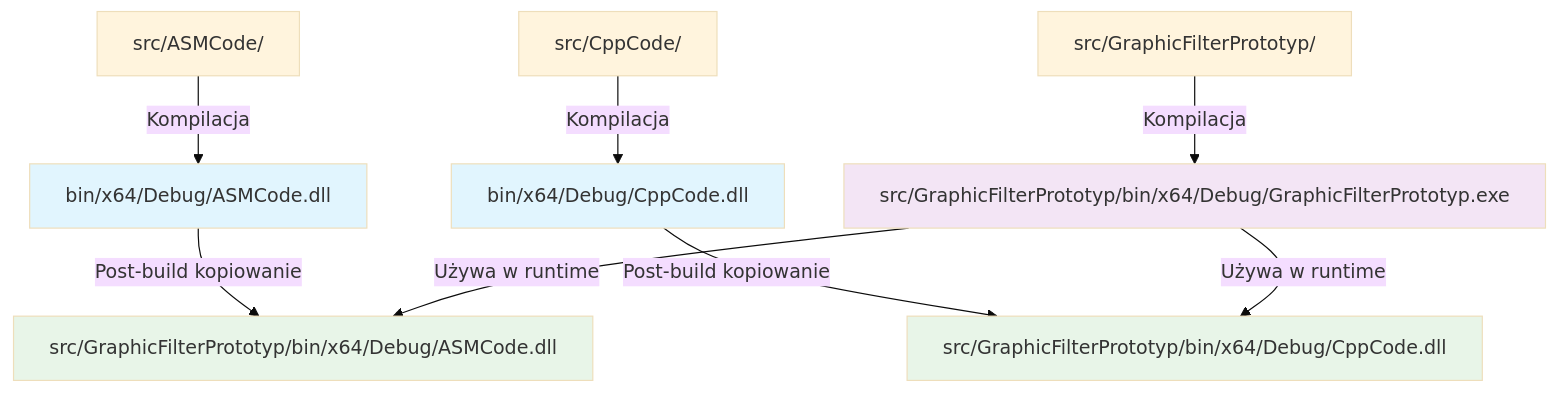
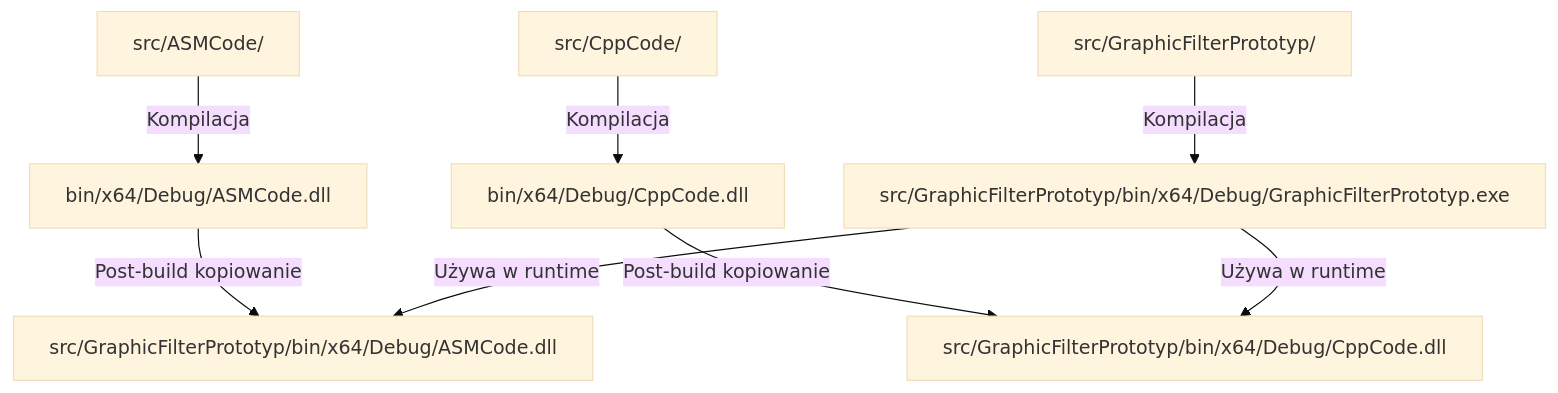
Before and after one commit to stokuj/cartoon_filter: the third of 4 diagrams in README.md, drawn with Mermaid (base theme). The commit also changed other lines of this file, not shown here.

Commit message:
Update README.md: enhance project structure details, add build process diagrams, and improve troubleshooting section

````diff
--- a/README.md
+++ b/README.md
@@ -130,18 +189,12 @@
 ```mermaid
 graph TD
     A[src/ASMCode/] -->|Kompilacja| B[bin/x64/Debug/ASMCode.dll]
     C[src/CppCode/] -->|Kompilacja| D[bin/x64/Debug/CppCode.dll]
     E[src/GraphicFilterPrototyp/] -->|Kompilacja| F[src/GraphicFilterPrototyp/bin/x64/Debug/GraphicFilterPrototyp.exe]
 
     B -->|Post-build kopiowanie| G[src/GraphicFilterPrototyp/bin/x64/Debug/ASMCode.dll]
     D -->|Post-build kopiowanie| H[src/GraphicFilterPrototyp/bin/x64/Debug/CppCode.dll]
 
     F -->|Używa w runtime| G
     F -->|Używa w runtime| H
-
-    style B fill:#e1f5fe
-    style D fill:#e1f5fe
-    style F fill:#f3e5f5
-    style G fill:#e8f5e8
-    style H fill:#e8f5e8
 ```
````
